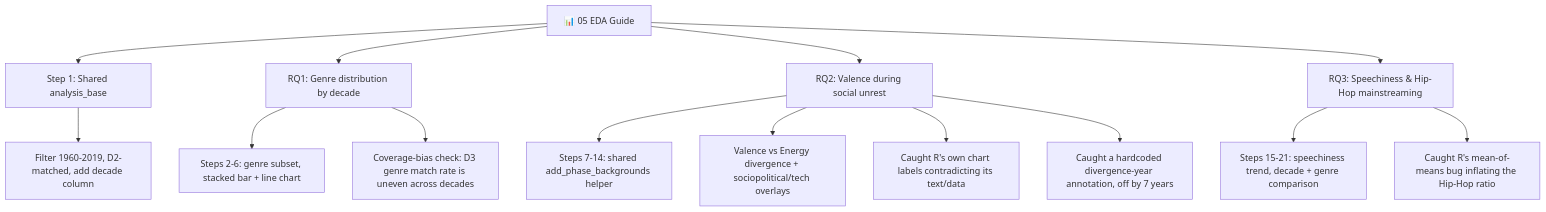
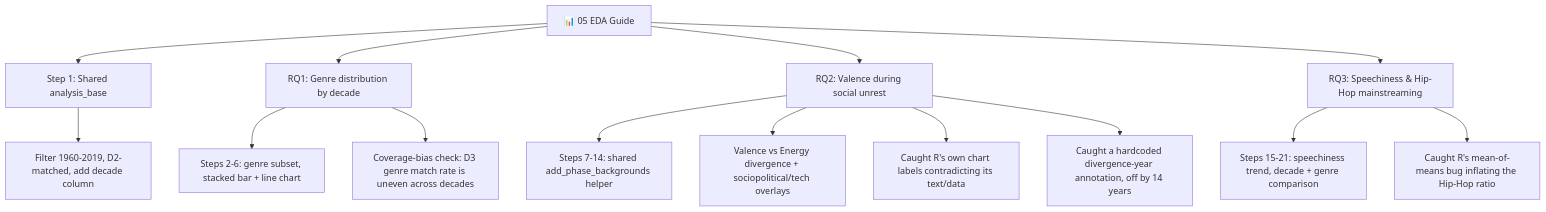
Before and after one commit to Vivian-be-nerd/FuWei-Portfolio: the diagram in pipeline-guides/05_EDA.md, drawn with Mermaid. The commit also changed other lines of this file and 2 other files, not shown here.

First line of the commit message:
Refine divergence annotation from crossover year to Valence's actual peak

````diff
--- a/pipeline-guides/05_EDA.md
+++ b/pipeline-guides/05_EDA.md
@@ -3,20 +3,20 @@
 ```mermaid
 flowchart TD
     A[📊 05 EDA Guide] --> B[Step 1: Shared analysis_base]
     A --> C[RQ1: Genre distribution by decade]
     A --> D[RQ2: Valence during social unrest]
     A --> E[RQ3: Speechiness & Hip-Hop mainstreaming]
 
     B --> B1[Filter 1960-2019, D2-matched, add decade column]
 
     C --> C1[Steps 2-6: genre subset, stacked bar + line chart]
     C --> C2[Coverage-bias check: D3 genre match rate is uneven across decades]
 
     D --> D1[Steps 7-14: shared add_phase_backgrounds helper]
     D --> D2[Valence vs Energy divergence + sociopolitical/tech overlays]
     D --> D3[Caught R's own chart labels contradicting its text/data]
-    D --> D4[Caught a hardcoded divergence-year annotation, off by 7 years]
+    D --> D4[Caught a hardcoded divergence-year annotation, off by 14 years]
 
     E --> E1[Steps 15-21: speechiness trend, decade + genre comparison]
     E --> E2[Caught R's mean-of-means bug inflating the Hip-Hop ratio]
 ```
````
